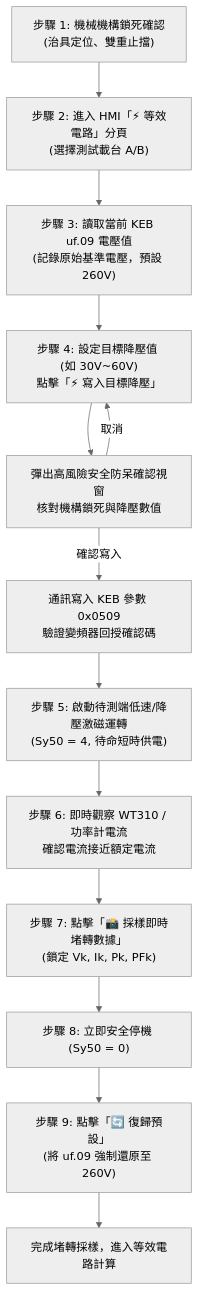
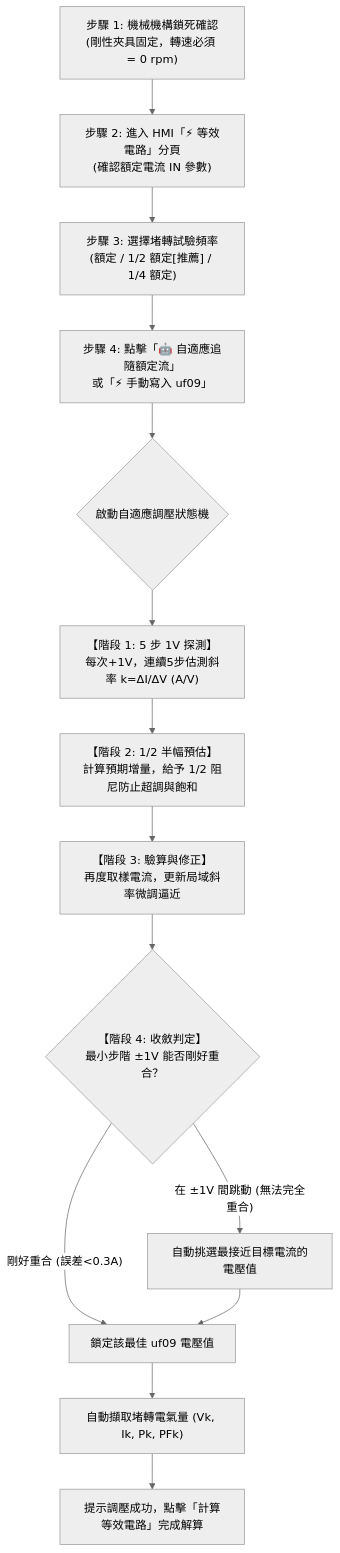
One commit to Isaacyang34/Homepage changed the diagram in Dyanmometer/LOCKED_ROTOR_TEST_OPERATION_CONTROL_PROTECTION_MANUAL.md. Above: the diagram before and after it, drawn with Mermaid (neutral theme). The commit also changed other lines of this file, not shown here.

````diff
--- a/Dyanmometer/LOCKED_ROTOR_TEST_OPERATION_CONTROL_PROTECTION_MANUAL.md
+++ b/Dyanmometer/LOCKED_ROTOR_TEST_OPERATION_CONTROL_PROTECTION_MANUAL.md
@@ -24,15 +40,16 @@
 ```mermaid
 flowchart TD
-    A["步驟 1: 機械機構鎖死確認<br>(治具定位、雙重止擋)"] --> B["步驟 2: 進入 HMI「⚡ 等效電路」分頁<br>(選擇測試載台 A/B)"]
-    B --> C["步驟 3: 讀取當前 KEB uf.09 電壓值<br>(記錄原始基準電壓，預設 260V)"]
-    C --> D["步驟 4: 設定目標降壓值 (如 30V~60V)<br>點擊「⚡ 寫入目標降壓」"]
-    D --> E["彈出高風險安全防呆確認視窗<br>核對機構鎖死與降壓數值"]
-    E -- 取消 --> D
-    E -- 確認寫入 --> F["通訊寫入 KEB 參數 0x0509<br>驗證變頻器回授確認碼"]
-    F --> G["步驟 5: 啟動待測端低速/降壓激磁運轉<br>(Sy50 = 4, 待命短時供電)"]
-    G --> H["步驟 6: 即時觀察 WT310 / 功率計電流<br>確認電流接近額定電流"]
-    H --> I["步驟 7: 點擊「📸 採樣即時堵轉數據」<br>(鎖定 Vk, Ik, Pk, PFk)"]
-    I --> J["步驟 8: 立即安全停機 (Sy50 = 0)"]
-    J --> K["步驟 9: 點擊「🔄 復歸預設」<br>(將 uf.09 強制還原至 260V)"]
-    K --> L["完成堵轉採樣，進入等效電路計算"]
+    A["步驟 1: 機械機構鎖死確認<br>(剛性夾具固定，轉速必須 = 0 rpm)"] --> B["步驟 2: 進入 HMI「⚡ 等效電路」分頁<br>(確認額定電流 IN 參數)"]
+    B --> C["步驟 3: 選擇堵轉試驗頻率<br>(額定 / 1/2 額定[推薦] / 1/4 額定)"]
+    C --> D["步驟 4: 點擊「🤖 自適應追隨額定流」<br>或「⚡ 手動寫入 uf09」"]
+    D --> E{"啟動自適應調壓狀態機"}
+    E --> F["【階段 1: 5 步 1V 探測】<br>每次+1V，連續5步估測斜率 k=ΔI/ΔV (A/V)"]
+    F --> G["【階段 2: 1/2 半幅預估】<br>計算預期增量，給予 1/2 阻尼防止超調與飽和"]
+    G --> H["【階段 3: 驗算與修正】<br>再度取樣電流，更新局域斜率微調逼近"]
+    H --> I{"【階段 4: 收斂判定】<br>最小步階 ±1V 能否剛好重合？"}
+    I -- 剛好重合 (誤差<0.3A) --> J["鎖定該最佳 uf09 電壓值"]
+    I -- 在 ±1V 間跳動 (無法完全重合) --> K["自動挑選最接近目標電流的電壓值"]
+    K --> J
+    J --> L["自動擷取堵轉電氣量 (Vk, Ik, Pk, PFk)"]
+    L --> M["提示調壓成功，點擊「計算等效電路」完成解算"]
 ```
````
